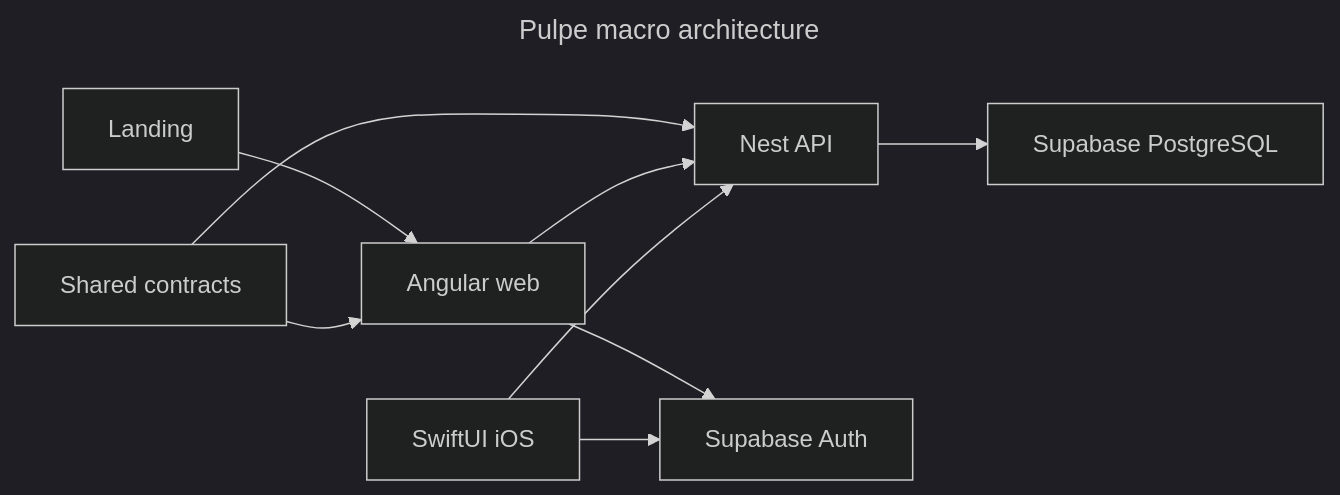
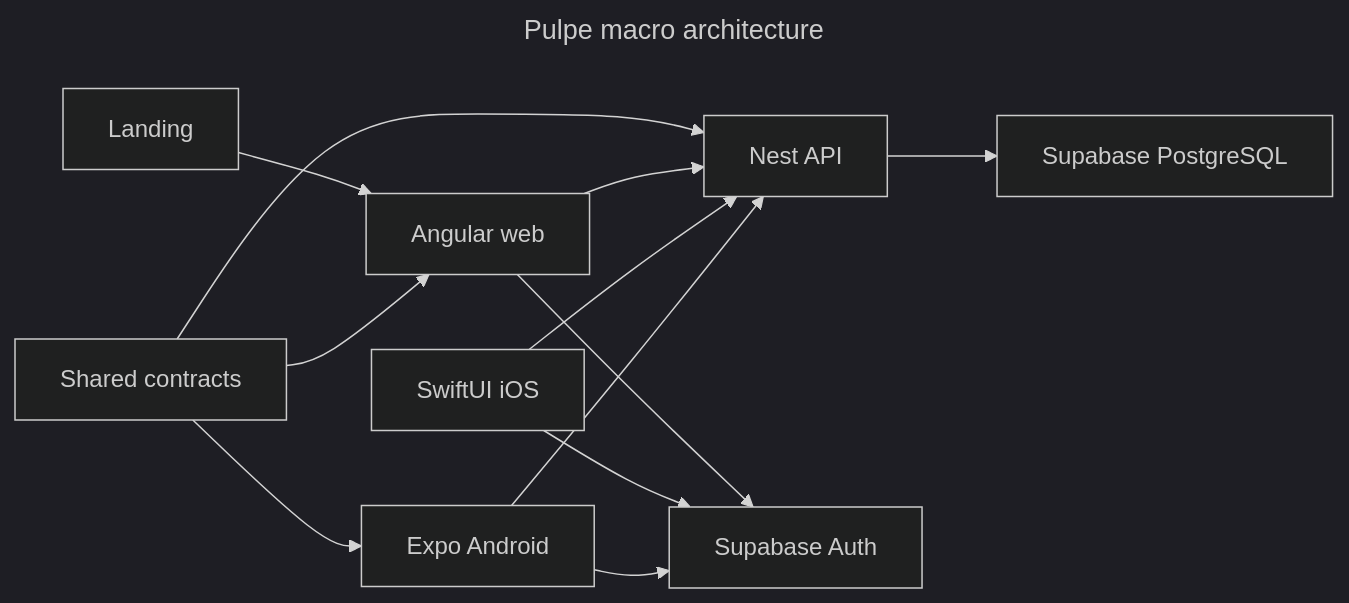
The diagram in aidd_docs/memory/architecture.md (neogenz/pulpe), drawn with Mermaid (dark theme) before and after one commit. The commit also changed other lines of this file and 16 other files, not shown here.

````diff
--- a/aidd_docs/memory/architecture.md
+++ b/aidd_docs/memory/architecture.md
@@ -8,8 +10,8 @@
 ```mermaid
 ---
 title: Pulpe macro architecture
 ---
 flowchart LR
-    Landing["Landing"]; Web["Angular web"]; Ios["SwiftUI iOS"]; Shared["Shared contracts"]; Api["Nest API"]; Auth["Supabase Auth"]; Db["Supabase PostgreSQL"]
-    Landing --> Web; Shared --> Web; Shared --> Api; Web --> Api; Ios --> Api; Web --> Auth; Ios --> Auth; Api --> Db
+    Landing["Landing"]; Web["Angular web"]; Ios["SwiftUI iOS"]; Android["Expo Android"]; Shared["Shared contracts"]; Api["Nest API"]; Auth["Supabase Auth"]; Db["Supabase PostgreSQL"]
+    Landing --> Web; Shared --> Web; Shared --> Android; Shared --> Api; Web --> Api; Ios --> Api; Android --> Api; Web --> Auth; Ios --> Auth; Android --> Auth; Api --> Db
 ```
````
